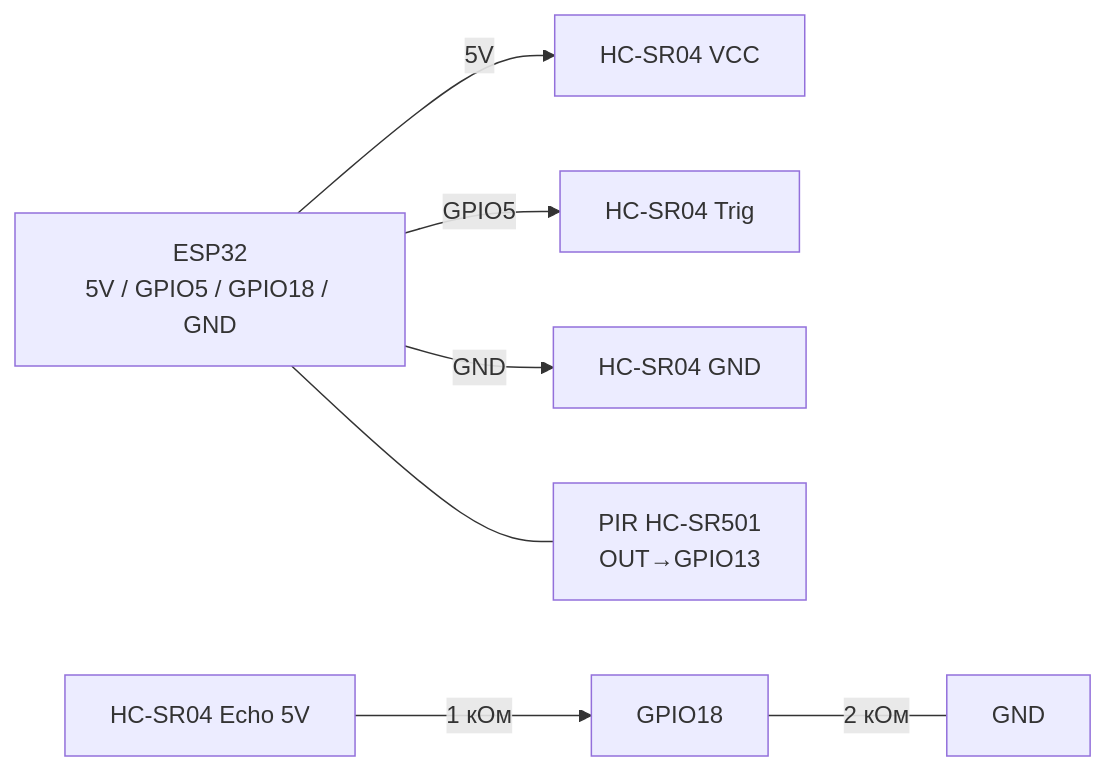
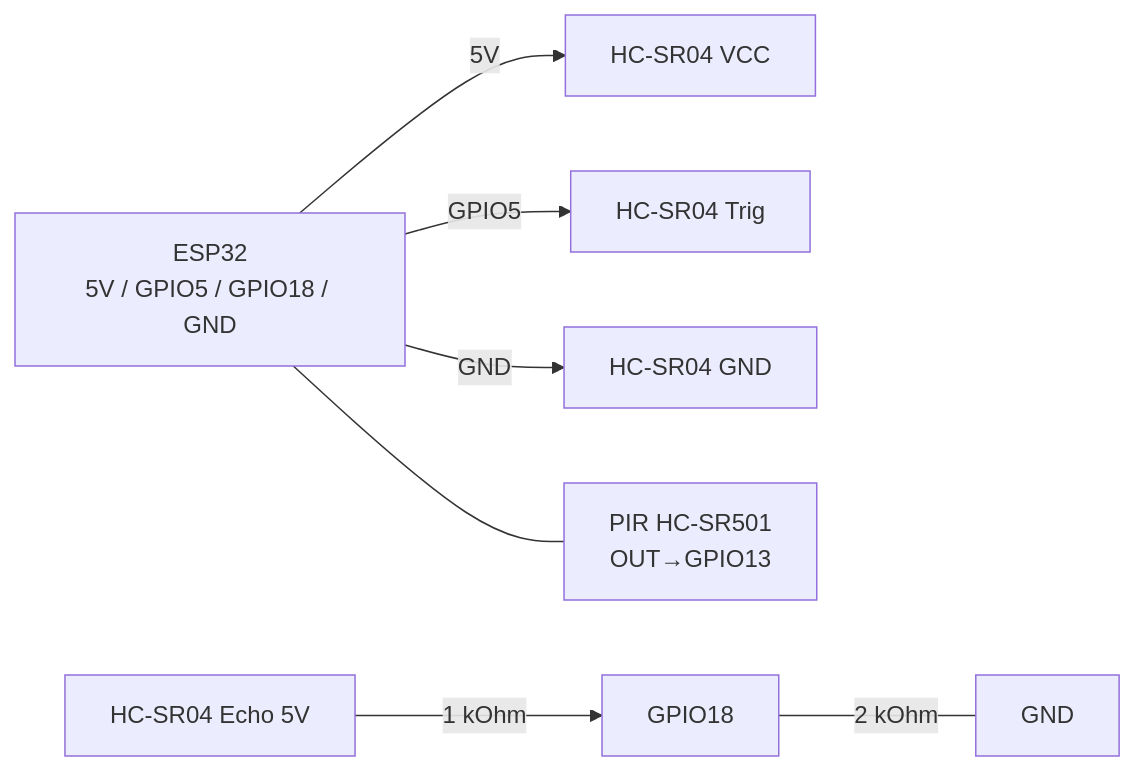
The diagram in obsidian_vault/ESP32-Reference/EN/10-Sensors/05-HC-SR04-PIR.en.md (ksalab/embedded-reference), drawn with Mermaid before and after one commit. The commit also changed other lines of this file and 76 other files, not shown here.

````diff
--- a/obsidian_vault/ESP32-Reference/EN/10-Sensors/05-HC-SR04-PIR.en.md
+++ b/obsidian_vault/ESP32-Reference/EN/10-Sensors/05-HC-SR04-PIR.en.md
@@ -82,9 +82,9 @@
 ```mermaid
 graph LR
   ESP32["ESP32<br/>5V / GPIO5 / GPIO18 / GND"] -->|5V| VCC["HC-SR04 VCC"]
   ESP32 -->|GPIO5| TRIG["HC-SR04 Trig"]
-  ECHO["HC-SR04 Echo 5V"] -->|1 кОм| GPIO["GPIO18"]
-  GPIO ---|2 кОм| GNDN["GND"]
+  ECHO["HC-SR04 Echo 5V"] -->|1 kOhm| GPIO["GPIO18"]
+  GPIO ---|2 kOhm| GNDN["GND"]
   ESP32 -->|GND| GNDM["HC-SR04 GND"]
   ESP32 --- PIR["PIR HC-SR501<br/>OUT→GPIO13"]
 ```
````
